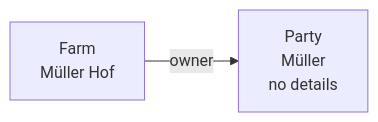
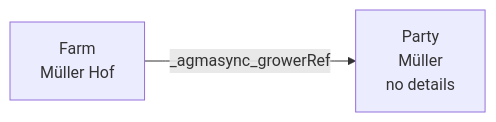
One commit to DKE-Data/masterdata-sync-working-group changed the sixth of 6 diagrams in architecture/08-party-model.md. Above: the diagram before and after it, drawn with Mermaid. The commit also changed other lines of this file and 11 other files, not shown here.

````diff
--- a/architecture/08-party-model.md
+++ b/architecture/08-party-model.md
@@ -160,4 +158,4 @@
 ```mermaid
 flowchart LR
-    F["Farm \n Müller Hof"] -->|"owner"| P["Party \n Müller \n no details"]
+    F["Farm \n Müller Hof"] -->|"_agmasync_growerRef"| P["Party \n Müller \n no details"]
 ```
````
